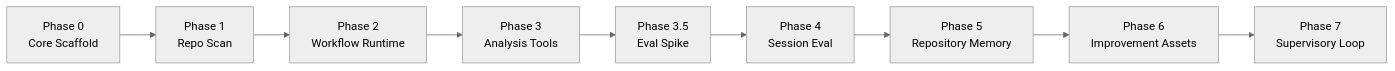
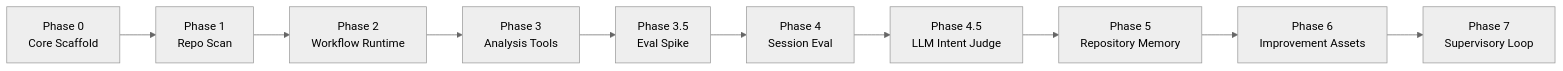
Before and after one commit to muyuzhong/AgentOps: the diagram in docs/development-roadmap.md, drawn with Mermaid (neutral theme). The commit also changed other lines of this file and 8 other files, not shown here.

Commit message:
docs: record phase 5 repository memory

````diff
--- a/docs/development-roadmap.md
+++ b/docs/development-roadmap.md
@@ -32,11 +32,12 @@
 ```mermaid
 flowchart LR
     P0["Phase 0<br/>Core Scaffold"] --> P1["Phase 1<br/>Repo Scan"]
     P1 --> P2["Phase 2<br/>Workflow Runtime"]
     P2 --> P3["Phase 3<br/>Analysis Tools"]
     P3 --> P35["Phase 3.5<br/>Eval Spike"]
     P35 --> P4["Phase 4<br/>Session Eval"]
-    P4 --> P5["Phase 5<br/>Repository Memory"]
+    P4 --> P45["Phase 4.5<br/>LLM Intent Judge"]
+    P45 --> P5["Phase 5<br/>Repository Memory"]
     P5 --> P6["Phase 6<br/>Improvement Assets"]
     P6 --> P7["Phase 7<br/>Supervisory Loop"]
 ```
````
